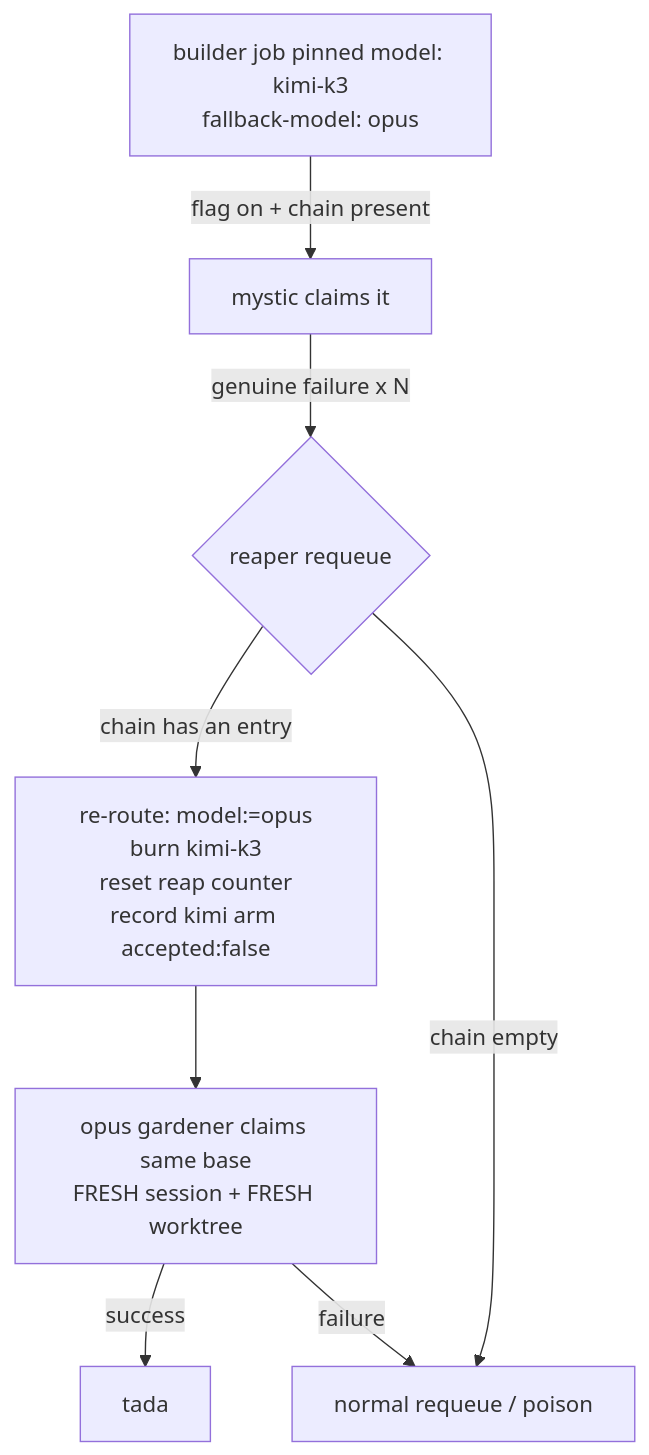
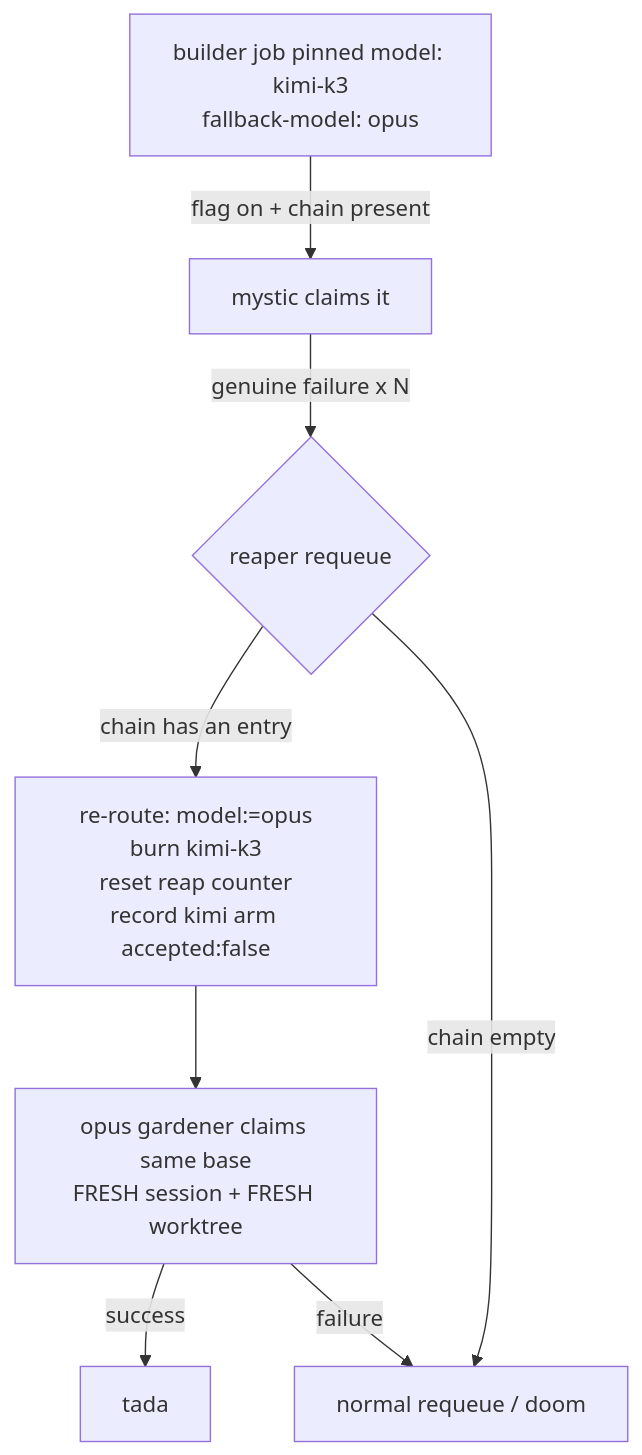
Before and after one commit to kriscendobot/garden: the diagram in designs/kimi-k3-takes-opus-work-with-opus-fallback.md, drawn with Mermaid. The commit also changed other lines of this file and 71 other files, not shown here.

````diff
--- a/designs/kimi-k3-takes-opus-work-with-opus-fallback.md
+++ b/designs/kimi-k3-takes-opus-work-with-opus-fallback.md
@@ -75,10 +75,10 @@
 ```mermaid
 flowchart TD
   P[builder job pinned model: kimi-k3<br/>fallback-model: opus] -->|flag on + chain present| M[mystic claims it]
   M -->|genuine failure x N| R{reaper requeue}
   R -->|chain has an entry| RR[re-route: model:=opus<br/>burn kimi-k3<br/>reset reap counter<br/>record kimi arm accepted:false]
-  R -->|chain empty| RQ[normal requeue / poison]
+  R -->|chain empty| RQ[normal requeue / doom]
   RR --> O[opus gardener claims same base<br/>FRESH session + FRESH worktree]
   O -->|success| DONE[tada]
   O -->|failure| RQ
 ```
````
